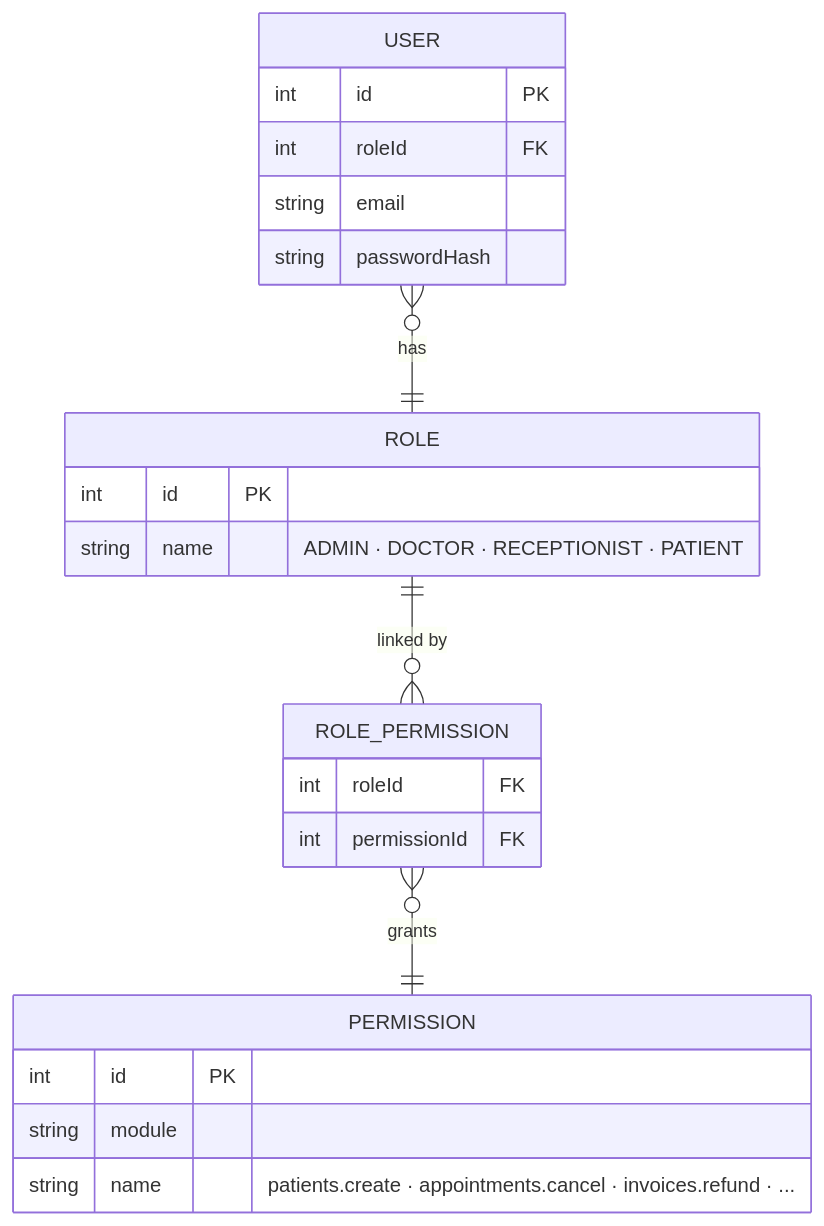
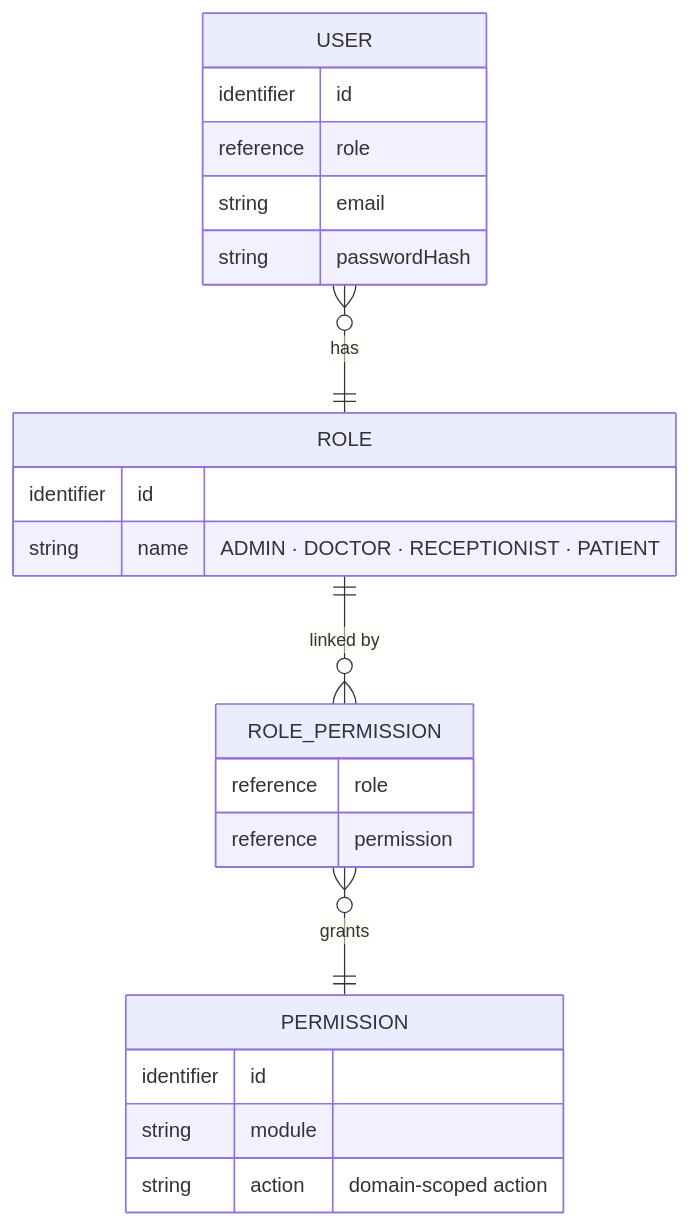
The tenth of 11 diagrams in Docs/ADD.md (MinhThienNguyen040905/SE356---He-thong-phong-kham), drawn with Mermaid before and after one commit. The commit also changed other lines of this file, not shown here.

````diff
--- a/Docs/ADD.md
+++ b/Docs/ADD.md
@@ -810,26 +818,26 @@
 ```mermaid
 erDiagram
     USER }o--|| ROLE : has
     ROLE ||--o{ ROLE_PERMISSION : "linked by"
     ROLE_PERMISSION }o--|| PERMISSION : grants
 
     USER {
-        int id PK
-        int roleId FK
+        identifier id
+        reference role
         string email
         string passwordHash
     }
     ROLE {
-        int id PK
+        identifier id
         string name "ADMIN · DOCTOR · RECEPTIONIST · PATIENT"
     }
     PERMISSION {
-        int id PK
+        identifier id
         string module
-        string name "patients.create · appointments.cancel · invoices.refund · ..."
+        string action "domain-scoped action"
     }
     ROLE_PERMISSION {
-        int roleId FK
-        int permissionId FK
+        reference role
+        reference permission
     }
 ```
````
